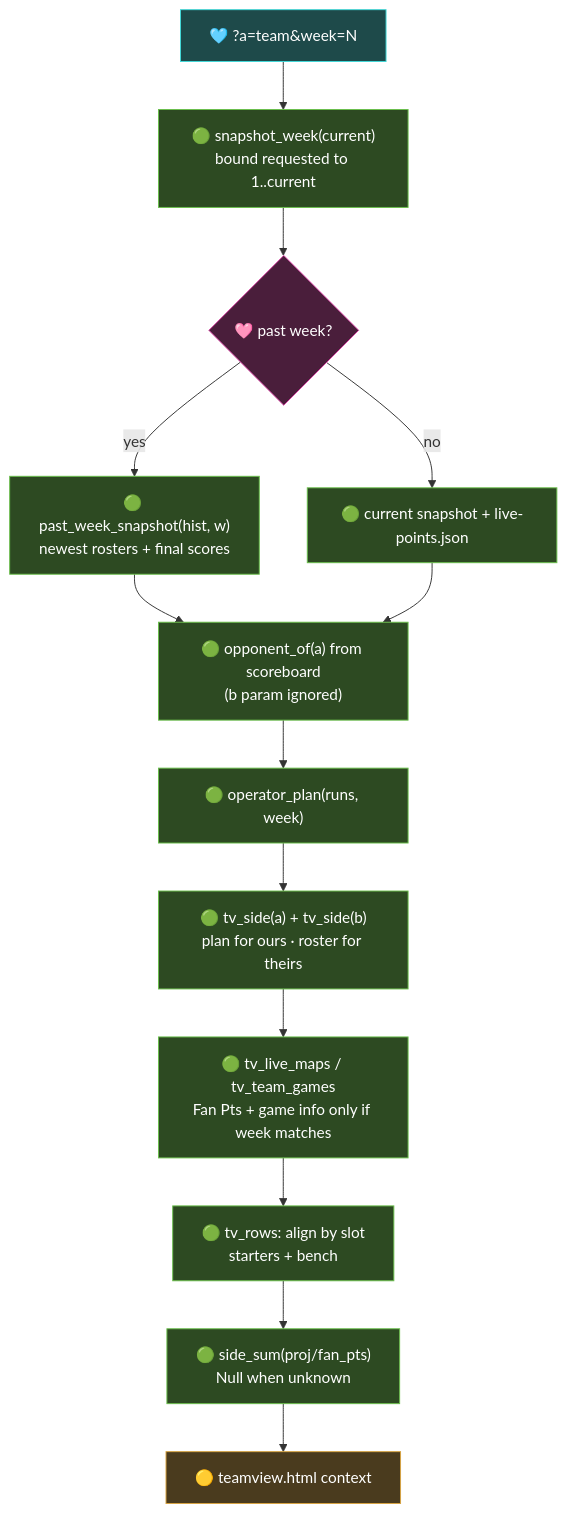
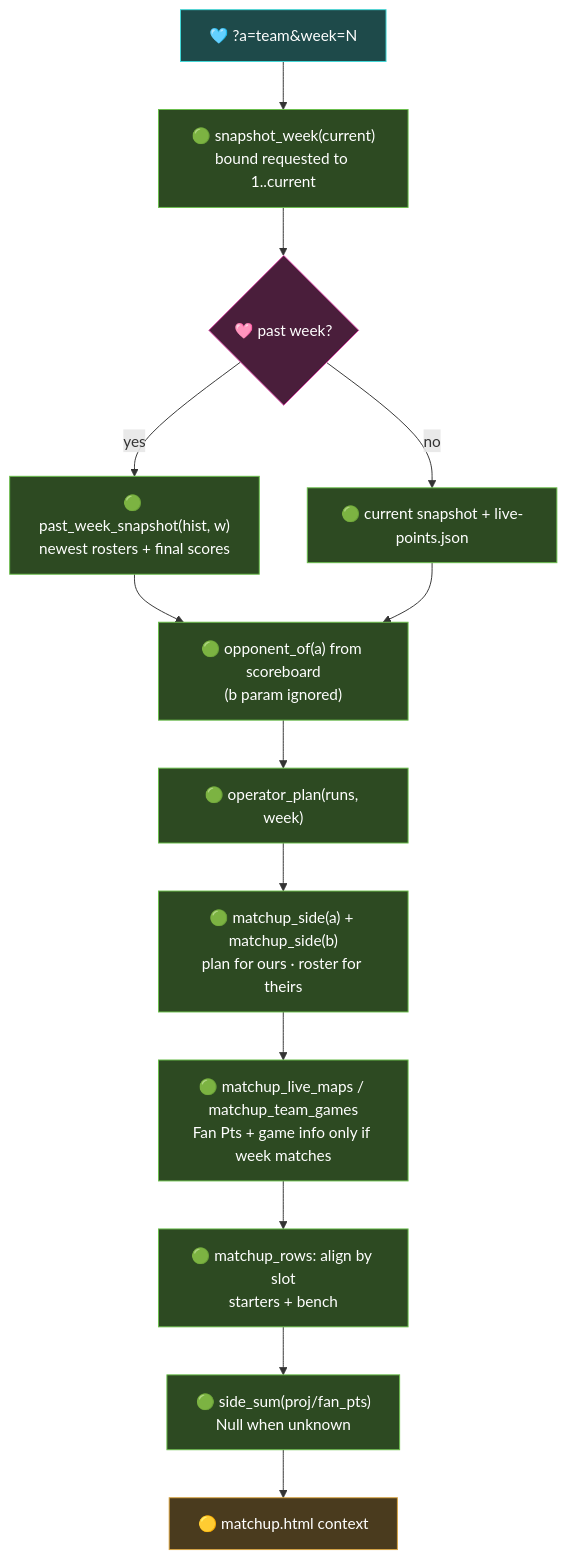
The fourth of 7 diagrams in docs/RUST_WEB_ARCHITECTURE.md (m0n3r0/nfl), drawn with Mermaid before and after one commit. The commit also changed other lines of this file and 16 other files, not shown here.

First line of the commit message:
rename(web): 'Team View' to 'Matchup' everywhere

````diff
--- a/docs/RUST_WEB_ARCHITECTURE.md
+++ b/docs/RUST_WEB_ARCHITECTURE.md
@@ -123,23 +123,23 @@
 ```mermaid
 flowchart TD
     Q["🩵 ?a=team&week=N"] --> W["🟢 snapshot_week(current)<br/>bound requested to 1..current"]
     W --> PAST{"🩷 past week?"}
     PAST -->|yes| MERGE["🟢 past_week_snapshot(hist, w)<br/>newest rosters + final scores"]
     PAST -->|no| NOW["🟢 current snapshot + live-points.json"]
     MERGE --> OPP["🟢 opponent_of(a) from scoreboard<br/>(b param ignored)"]
     NOW --> OPP
     OPP --> PLAN["🟢 operator_plan(runs, week)"]
-    PLAN --> SIDES["🟢 tv_side(a) + tv_side(b)<br/>plan for ours · roster for theirs"]
-    SIDES --> LIVE["🟢 tv_live_maps / tv_team_games<br/>Fan Pts + game info only if week matches"]
-    LIVE --> ROWS["🟢 tv_rows: align by slot<br/>starters + bench"]
+    PLAN --> SIDES["🟢 matchup_side(a) + matchup_side(b)<br/>plan for ours · roster for theirs"]
+    SIDES --> LIVE["🟢 matchup_live_maps / matchup_team_games<br/>Fan Pts + game info only if week matches"]
+    LIVE --> ROWS["🟢 matchup_rows: align by slot<br/>starters + bench"]
     ROWS --> SUM["🟢 side_sum(proj/fan_pts)<br/>Null when unknown"]
-    SUM --> CTX["🟡 teamview.html context"]
+    SUM --> CTX["🟡 matchup.html context"]
     classDef entry fill:#1e4a4a,stroke:#41d9d9,color:#fff
     classDef fn fill:#2d4a22,stroke:#6abf4b,color:#fff
     classDef guard fill:#4a1e3b,stroke:#d941a4,color:#fff
     classDef out fill:#4a3b1e,stroke:#d9a441,color:#fff
     class Q entry
     class W,MERGE,NOW,OPP,PLAN,SIDES,LIVE,ROWS,SUM fn
     class PAST guard
     class CTX out
 ```
````
